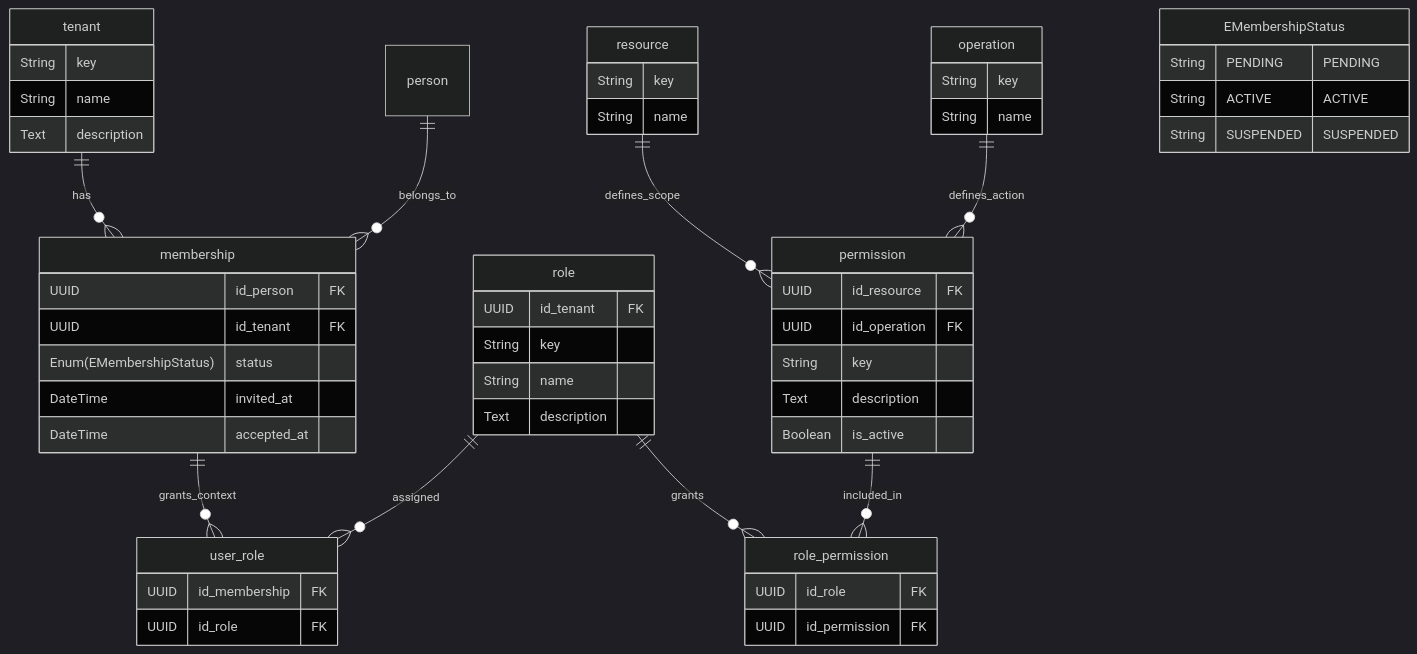
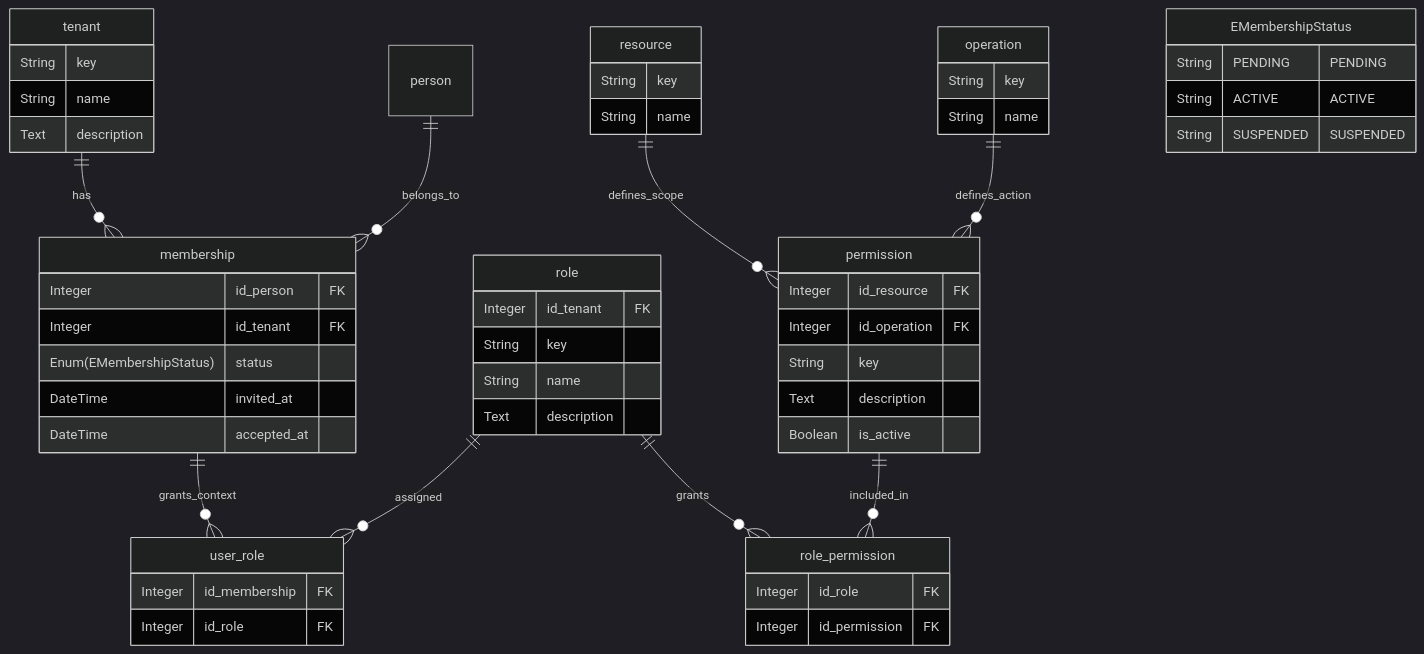
The diagram in db/postgres/iam/ERD.mmd (m4ck-y/dh_docs), drawn with Mermaid (dark theme) before and after one commit. The commit also changed 17 other files, not shown here.

```diff
--- a/db/postgres/iam/ERD.mmd
+++ b/db/postgres/iam/ERD.mmd
@@ -1,96 +1,96 @@
 erDiagram
     %% IAM SCHEMA
     %% Control de acceso, roles y permisos (multi-tenant)
     %% Todas las entidades heredan de BaseModel (id, created_at, updated_at, deleted_at)
     %% Solo se muestran columnas especificas de cada entidad
     %% Excepcion: user_role y role_permission son tablas intermediarias N:N (no heredan BaseModel)
 
     %% REFERENCIAS EXTERNAS
     %% person: definida en schema people
 
     %% RELACIONES
     tenant ||--o{ membership : "has"
     person ||--o{ membership : "belongs_to"
     membership ||--o{ user_role : "grants_context"
     role ||--o{ user_role : "assigned"
     role ||--o{ role_permission : "grants"
     permission ||--o{ role_permission : "included_in"
     resource ||--o{ permission : "defines_scope"
     operation ||--o{ permission : "defines_action"
 
     %% ENUMS
     EMembershipStatus {
         String PENDING "PENDING"
         String ACTIVE "ACTIVE"
         String SUSPENDED "SUSPENDED"
     }
 
     %% ENTIDADES
     %% tenant: empresa u organizacion (multi-tenant)
     %% key: identificador unico global (ej: acme, globex)
     tenant {
         String key
         String name
         Text description
     }
 
     %% membership: vinculo persona-tenant (N:N con datos de negocio)
     %% UNIQUE(id_person, id_tenant)
     membership {
-        UUID id_person FK
-        UUID id_tenant FK
+        Integer id_person FK
+        Integer id_tenant FK
         Enum(EMembershipStatus) status
         DateTime invited_at
         DateTime accepted_at
     }
 
     %% role: rol dentro de un tenant
     %% UNIQUE(id_tenant, key)
     %% Los roles NO son globales, cada tenant define los suyos
     role {
-        UUID id_tenant FK
+        Integer id_tenant FK
         String key
         String name
         Text description
     }
 
     %% user_role: tabla intermediaria N:N (membership + role)
     %% No hereda de BaseModel
     %% Conecta usuario + tenant + role via membership
     user_role {
-        UUID id_membership FK
-        UUID id_role FK
+        Integer id_membership FK
+        Integer id_role FK
     }
 
     %% resource: dominio funcional del sistema (ej: billing, auth, crm)
     %% key: UNIQUE global, actua como namespace semantico
     resource {
         String key
         String name
     }
 
     %% operation: verbo del sistema (ej: create, read, update, delete)
     %% Catalogo global compartido
     operation {
         String key
         String name
     }
 
     %% permission: combinacion resource + operation
     %% key = resource.key + "." + operation.key (ej: billing.create)
     %% UNIQUE(id_resource, id_operation) y UNIQUE(key)
     permission {
-        UUID id_resource FK
-        UUID id_operation FK
+        Integer id_resource FK
+        Integer id_operation FK
         String key
         Text description
         Boolean is_active
     }
 
     %% role_permission: tabla intermediaria N:N (role + permission)
     %% No hereda de BaseModel
     %% UNIQUE(id_role, id_permission)
     role_permission {
-        UUID id_role FK
-        UUID id_permission FK
+        Integer id_role FK
+        Integer id_permission FK
     }
```
